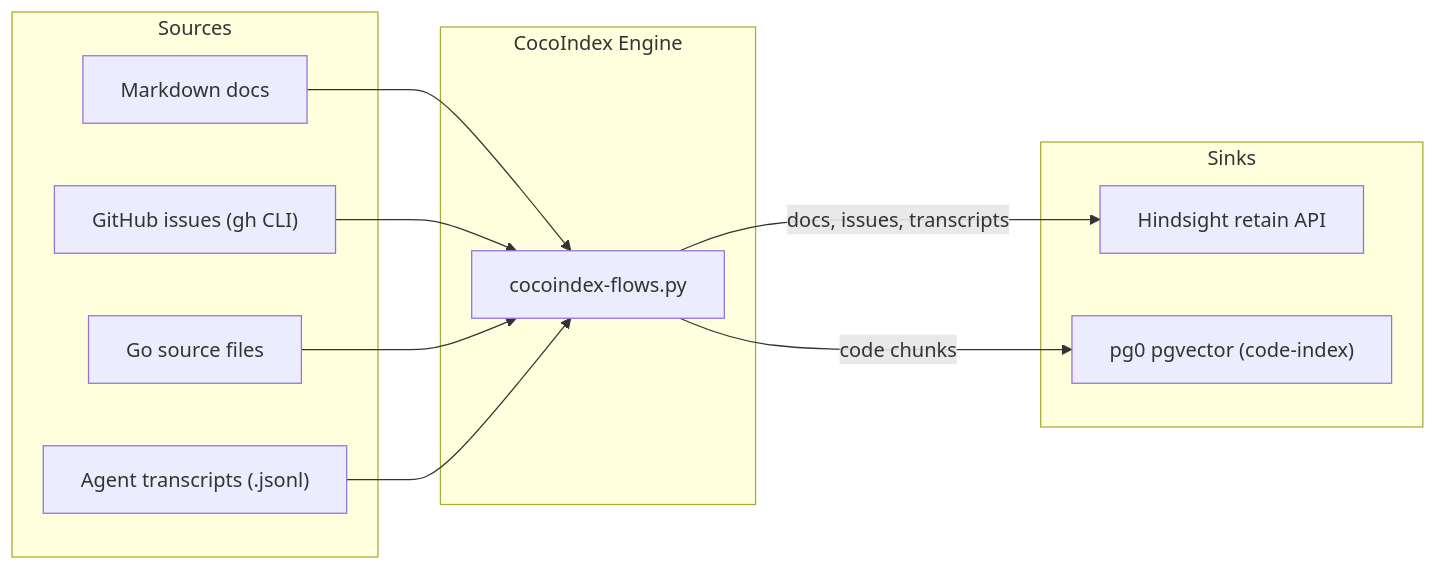
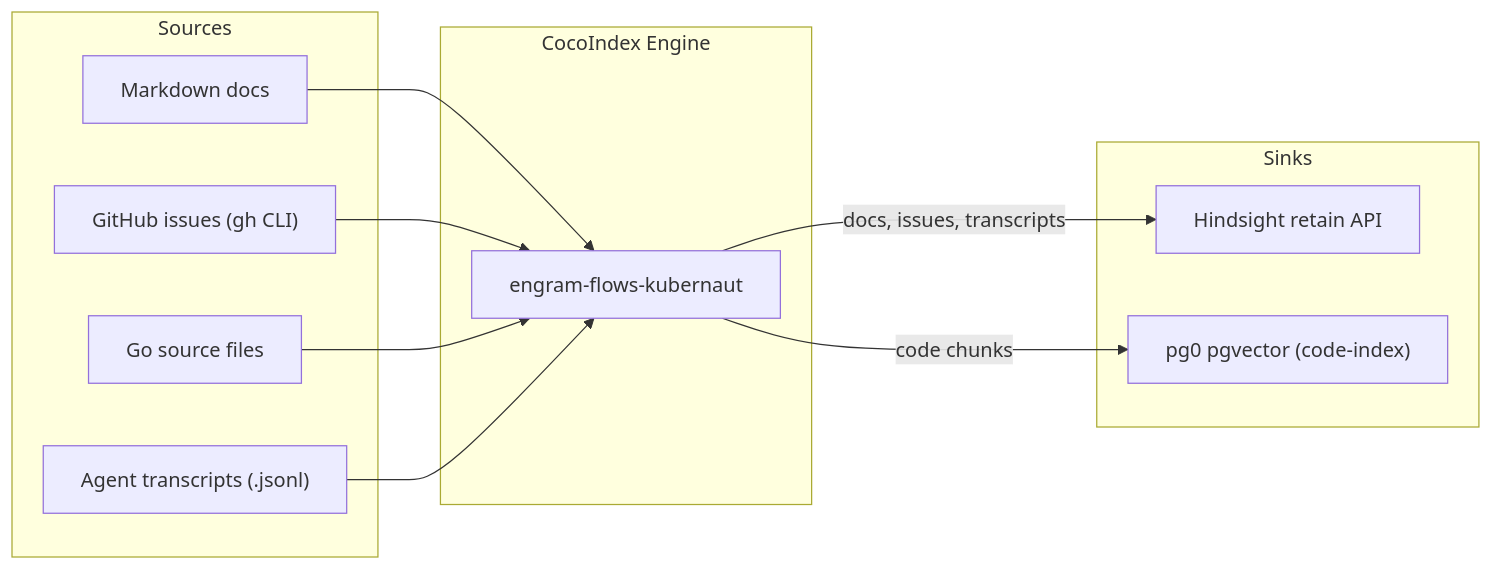
One commit to jordigilh/engram changed the diagram in docs/COCOINDEX.md. Above: the diagram before and after it, drawn with Mermaid. The commit also changed other lines of this file and 5 other files, not shown here.

First line of the commit message:
docs: update INSTALL/COCOINDEX/METRICS/NEW_PROJECT_SETUP for src/engram/ layout (phase 7)

````diff
--- a/docs/COCOINDEX.md
+++ b/docs/COCOINDEX.md
@@ -15,25 +15,25 @@
 ```mermaid
 flowchart LR
     subgraph sources["Sources"]
         docs["Markdown docs"]
         issues["GitHub issues (gh CLI)"]
         code["Go source files"]
         transcripts["Agent transcripts (.jsonl)"]
     end
 
     subgraph cocoindex["CocoIndex Engine"]
-        flows["cocoindex-flows.py"]
+        flows["engram-flows-kubernaut"]
     end
 
     subgraph sinks["Sinks"]
         hindsight["Hindsight retain API"]
         pgvector["pg0 pgvector (code-index)"]
     end
 
     docs --> flows
     issues --> flows
     code --> flows
     transcripts --> flows
     flows -->|"docs, issues, transcripts"| hindsight
     flows -->|"code chunks"| pgvector
 ```
````
